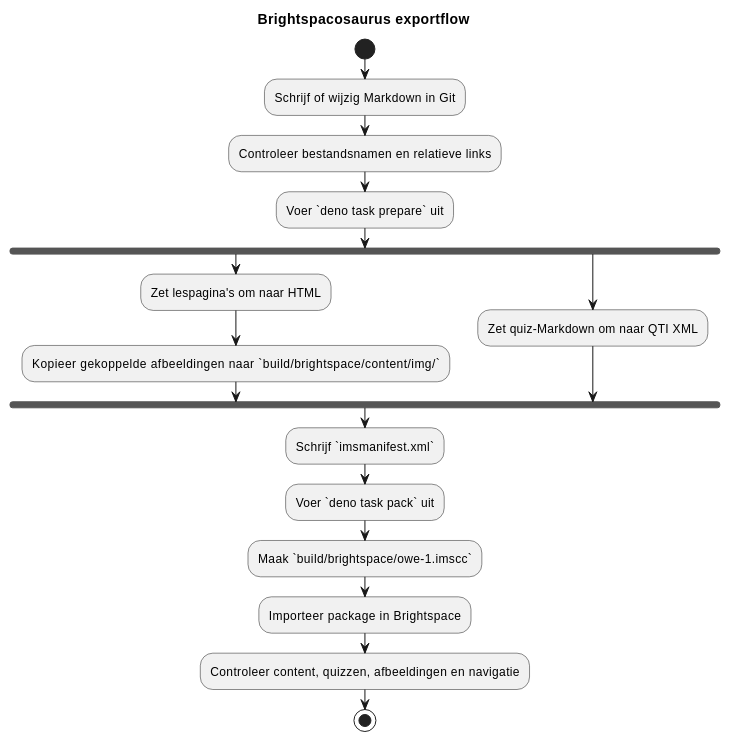
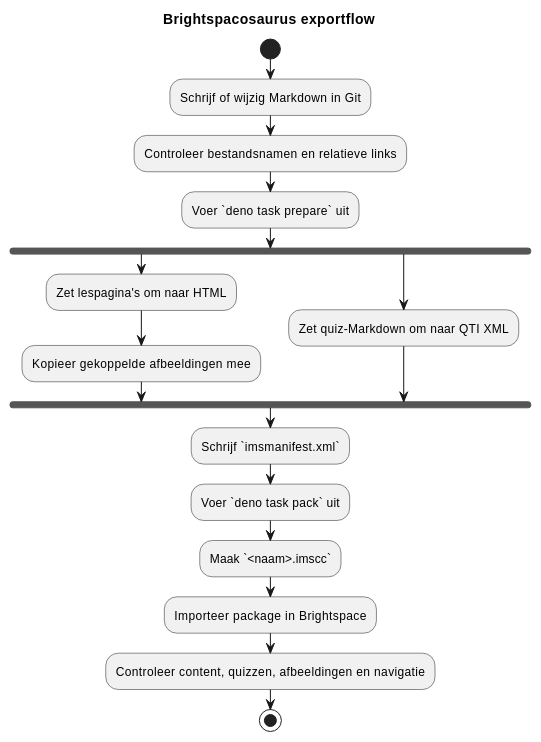
One commit to bartvanderwal/brightspacosaurus changed the diagram in docs/brightspacosaurus-handleiding.md. Above: the diagram before and after it, drawn with PlantUML. The commit also changed other lines of this file and 2 other files, not shown here.

First line of the commit message:
docs+chore: generieke handleiding + opschoningsscript naar utils/ (tasks 12.2, 13)

````diff
--- a/docs/brightspacosaurus-handleiding.md
+++ b/docs/brightspacosaurus-handleiding.md
@@ -173,22 +167,22 @@
 ```plantuml
 @startuml
 title Brightspacosaurus exportflow
 
 start
 :Schrijf of wijzig Markdown in Git;
 :Controleer bestandsnamen en relatieve links;
 :Voer `deno task prepare` uit;
 fork
   :Zet lespagina's om naar HTML;
-  :Kopieer gekoppelde afbeeldingen naar `build/brightspace/content/img/`;
+  :Kopieer gekoppelde afbeeldingen mee;
 fork again
   :Zet quiz-Markdown om naar QTI XML;
 end fork
 :Schrijf `imsmanifest.xml`;
 :Voer `deno task pack` uit;
-:Maak `build/brightspace/owe-1.imscc`;
+:Maak `<naam>.imscc`;
 :Importeer package in Brightspace;
 :Controleer content, quizzen, afbeeldingen en navigatie;
 stop
 @enduml
 ```
````
